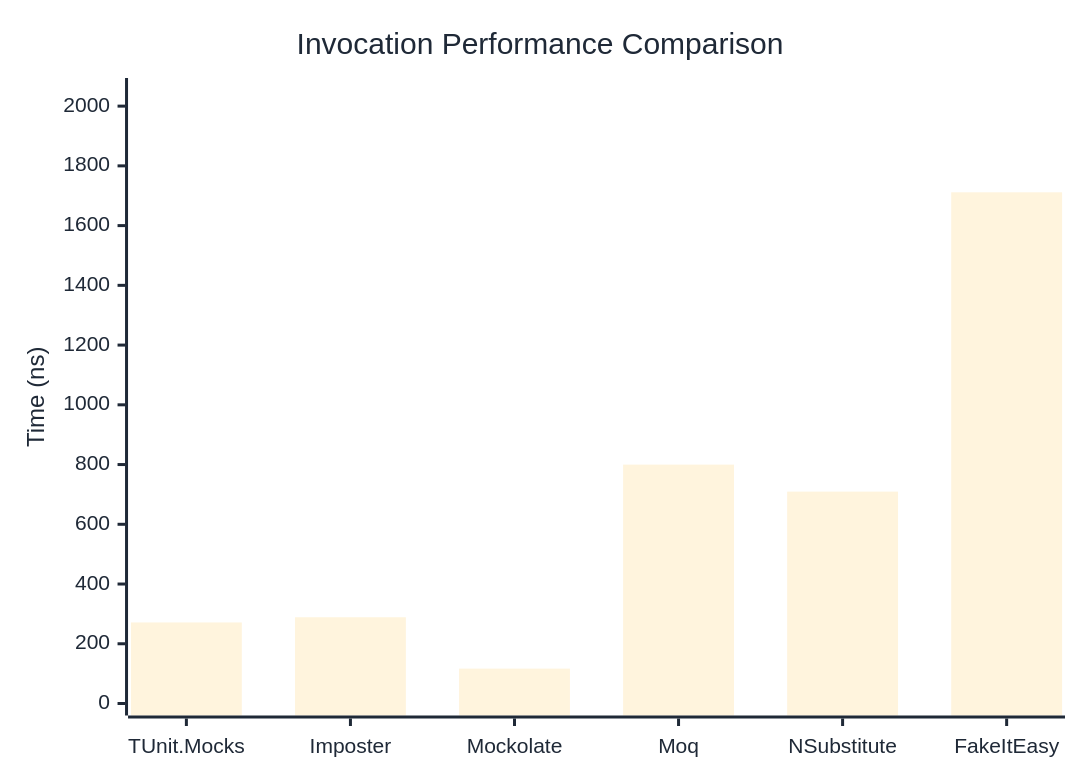
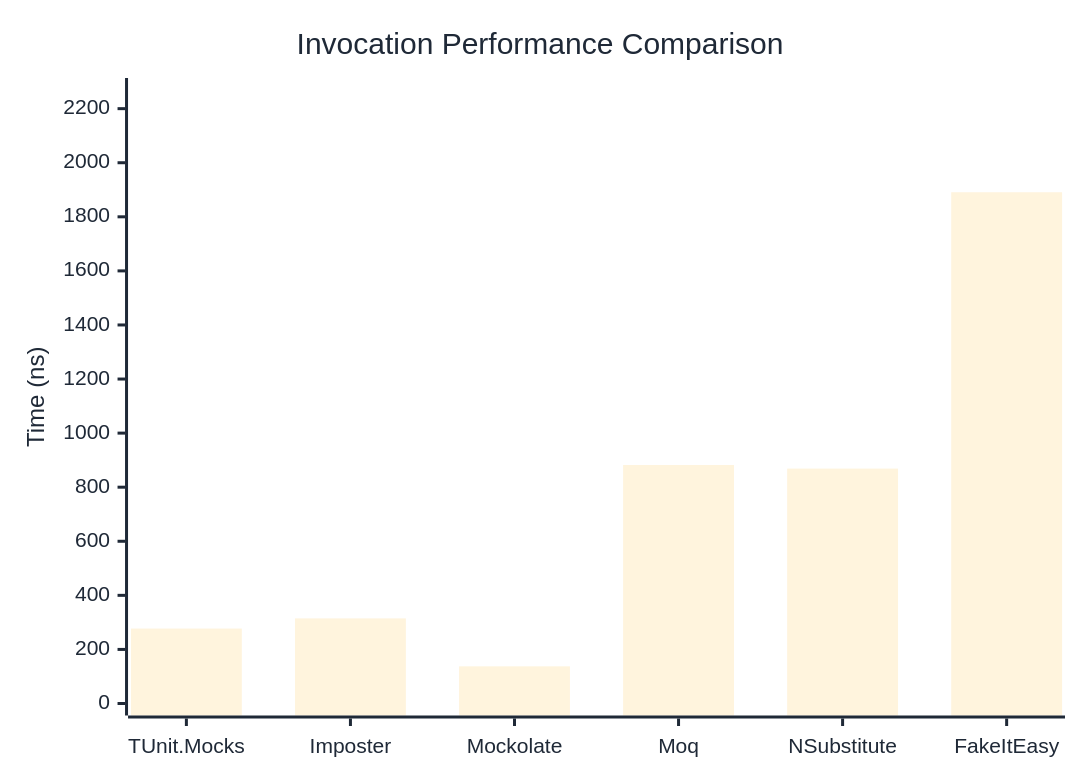
The first of 3 diagrams in docs/docs/benchmarks/mocks/Invocation.md (thomhurst/TUnit), drawn with Mermaid before and after one commit. The commit also changed other lines of this file and 14 other files, not shown here.

````diff
--- a/docs/docs/benchmarks/mocks/Invocation.md
+++ b/docs/docs/benchmarks/mocks/Invocation.md
@@ -30,27 +30,27 @@
 ```mermaid
 %%{init: {
   'theme':'base',
   'themeVariables': {
     'primaryColor': '#2563eb',
     'primaryTextColor': '#1f2937',
     'primaryBorderColor': '#1e40af',
     'lineColor': '#6b7280',
     'secondaryColor': '#7c3aed',
     'tertiaryColor': '#dc2626',
     'background': '#ffffff',
     'pie1': '#2563eb',
     'pie2': '#7c3aed',
     'pie3': '#dc2626',
     'pie4': '#f59e0b',
     'pie5': '#10b981',
     'pie6': '#06b6d4',
     'pie7': '#ec4899',
     'pie8': '#6366f1'
   }
 }}%%
 xychart-beta
   title "Invocation Performance Comparison"
   x-axis ["TUnit.Mocks", "Imposter", "Mockolate", "Moq", "NSubstitute", "FakeItEasy"]
-  y-axis "Time (ns)" 0 --> 2054
-  bar [271.37, 288.74, 116.81, 799.81, 709.34, 1711.52]
+  y-axis "Time (ns)" 0 --> 2269
+  bar [277.19, 314.77, 137.42, 882.09, 868.76, 1890.83]
 ```
````
